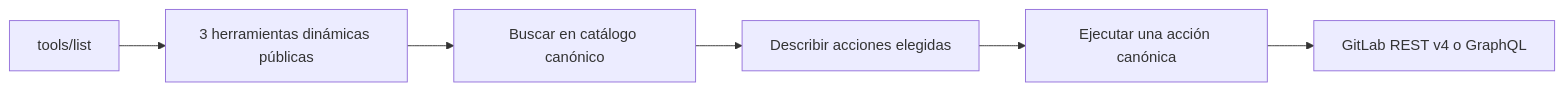
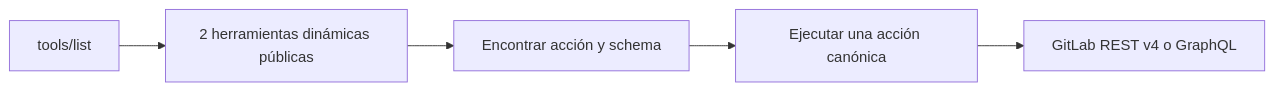
The first of 2 diagrams in site/src/content/docs/es/tools/dynamic-tools.mdx (jmrplens/gitlab-mcp-server), drawn with Mermaid before and after one commit. The commit also changed other lines of this file and 179 other files, not shown here.

````diff
--- a/site/src/content/docs/es/tools/dynamic-tools.mdx
+++ b/site/src/content/docs/es/tools/dynamic-tools.mdx
@@ -26,8 +25,7 @@
 ```mermaid
 flowchart LR
-    A[tools/list] --> B[3 herramientas dinámicas públicas]
-    B --> C[Buscar en catálogo canónico]
-    C --> D[Describir acciones elegidas]
-    D --> E[Ejecutar una acción canónica]
+	A[tools/list] --> B[2 herramientas dinámicas públicas]
+	B --> C[Encontrar acción y schema]
+	C --> E[Ejecutar una acción canónica]
     E --> F[GitLab REST v4 o GraphQL]
 ```
````
